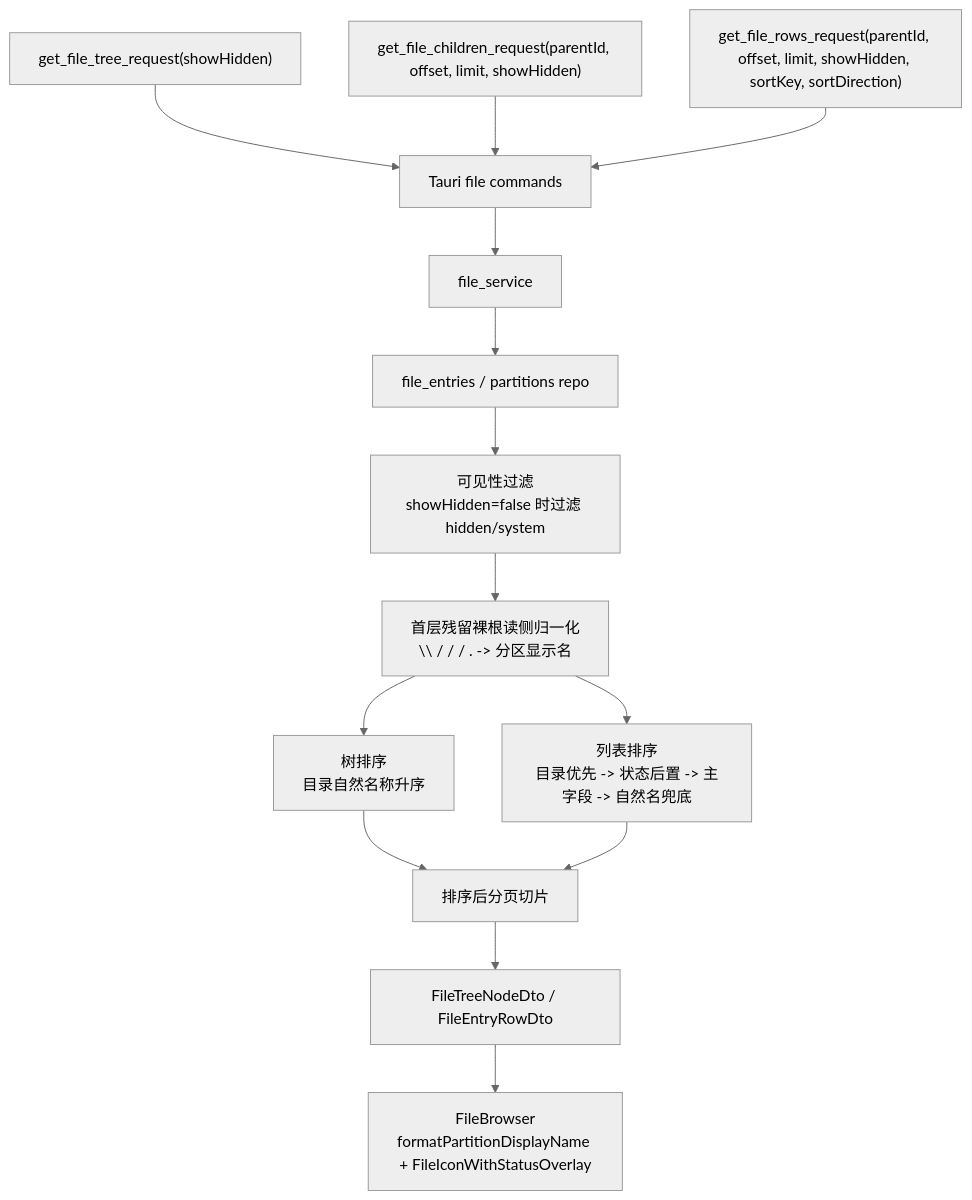
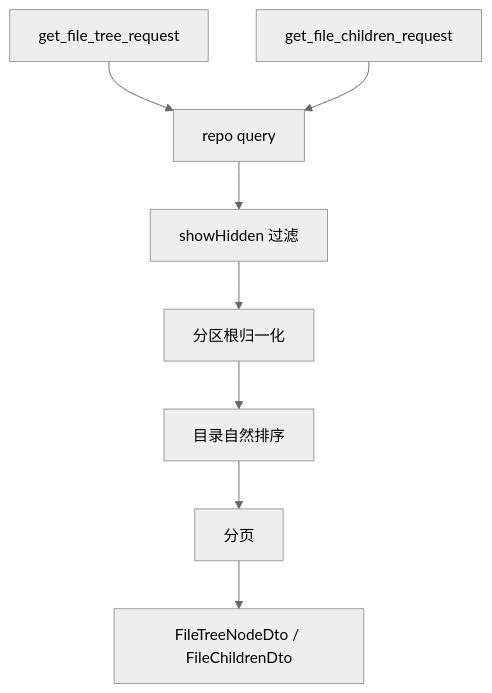
One commit to lQ-A-Ql/meow-detective changed the eighth of 14 diagrams in docs/model-architecture-algorithm-diagrams.md. Above: the diagram before and after it, drawn with Mermaid (neutral theme). The commit also changed other lines of this file and 46 other files, not shown here.

````diff
--- a/docs/model-architecture-algorithm-diagrams.md
+++ b/docs/model-architecture-algorithm-diagrams.md
@@ -330,27 +197,15 @@
 ```mermaid
 flowchart TB
-  TreeReq["get_file_tree_request(showHidden)"]
-  ChildReq["get_file_children_request(parentId, offset, limit, showHidden)"]
-  RowReq["get_file_rows_request(parentId, offset, limit, showHidden, sortKey, sortDirection)"]
-  Command["Tauri file commands"]
-  Service["file_service"]
-  Repo["file_entries / partitions repo"]
-  Visible["可见性过滤<br/>showHidden=false 时过滤 hidden/system"]
-  Normalize["首层残留裸根读侧归一化<br/>\\ / / / . -> 分区显示名"]
-  TreeSort["树排序<br/>目录自然名称升序"]
-  RowSort["列表排序<br/>目录优先 -> 状态后置 -> 主字段 -> 自然名兜底"]
-  Page["排序后分页切片"]
-  Dto["FileTreeNodeDto / FileEntryRowDto"]
-  Frontend["FileBrowser<br/>formatPartitionDisplayName + FileIconWithStatusOverlay"]
+  Tree["get_file_tree_request"]
+  Children["get_file_children_request"]
+  Repo["repo query"]
+  Visible["showHidden 过滤"]
+  Root["分区根归一化"]
+  Sort["目录自然排序"]
+  Page["分页"]
+  DTO["FileTreeNodeDto / FileChildrenDto"]
 
-  TreeReq --> Command
-  ChildReq --> Command
-  RowReq --> Command
-  Command --> Service --> Repo
-  Repo --> Visible --> Normalize
-  Normalize --> TreeSort
-  Normalize --> RowSort
-  TreeSort --> Page
-  RowSort --> Page
-  Page --> Dto --> Frontend
+  Tree --> Repo
+  Children --> Repo
+  Repo --> Visible --> Root --> Sort --> Page --> DTO
 ```
````
